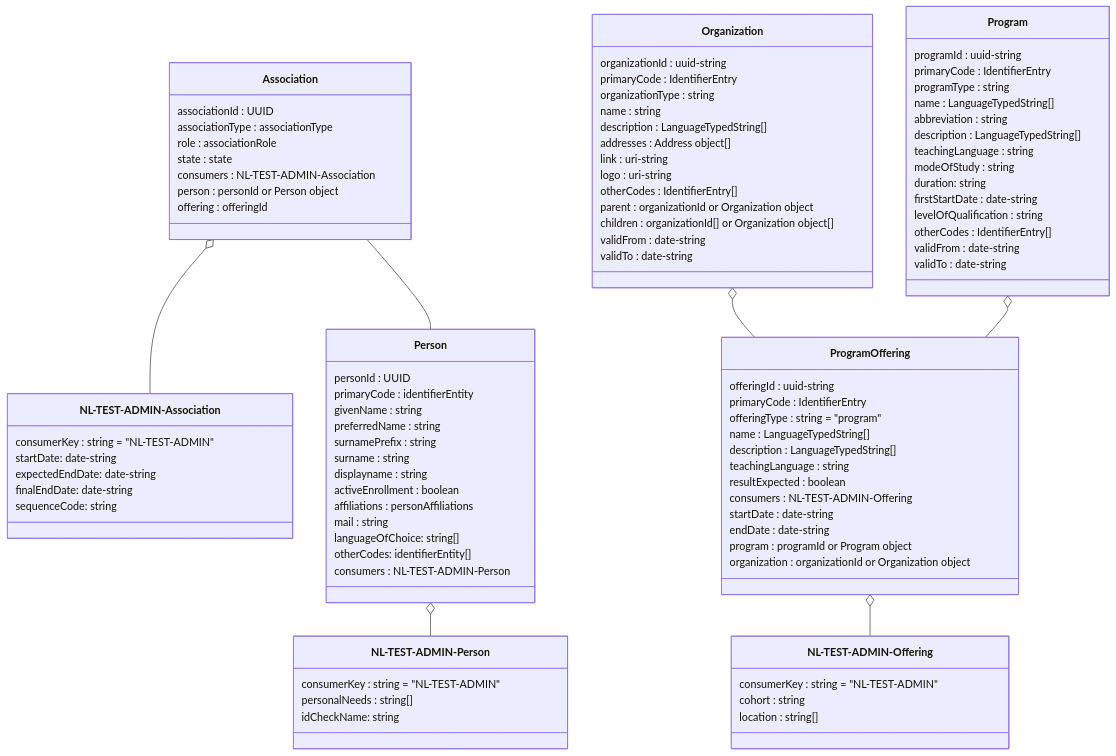
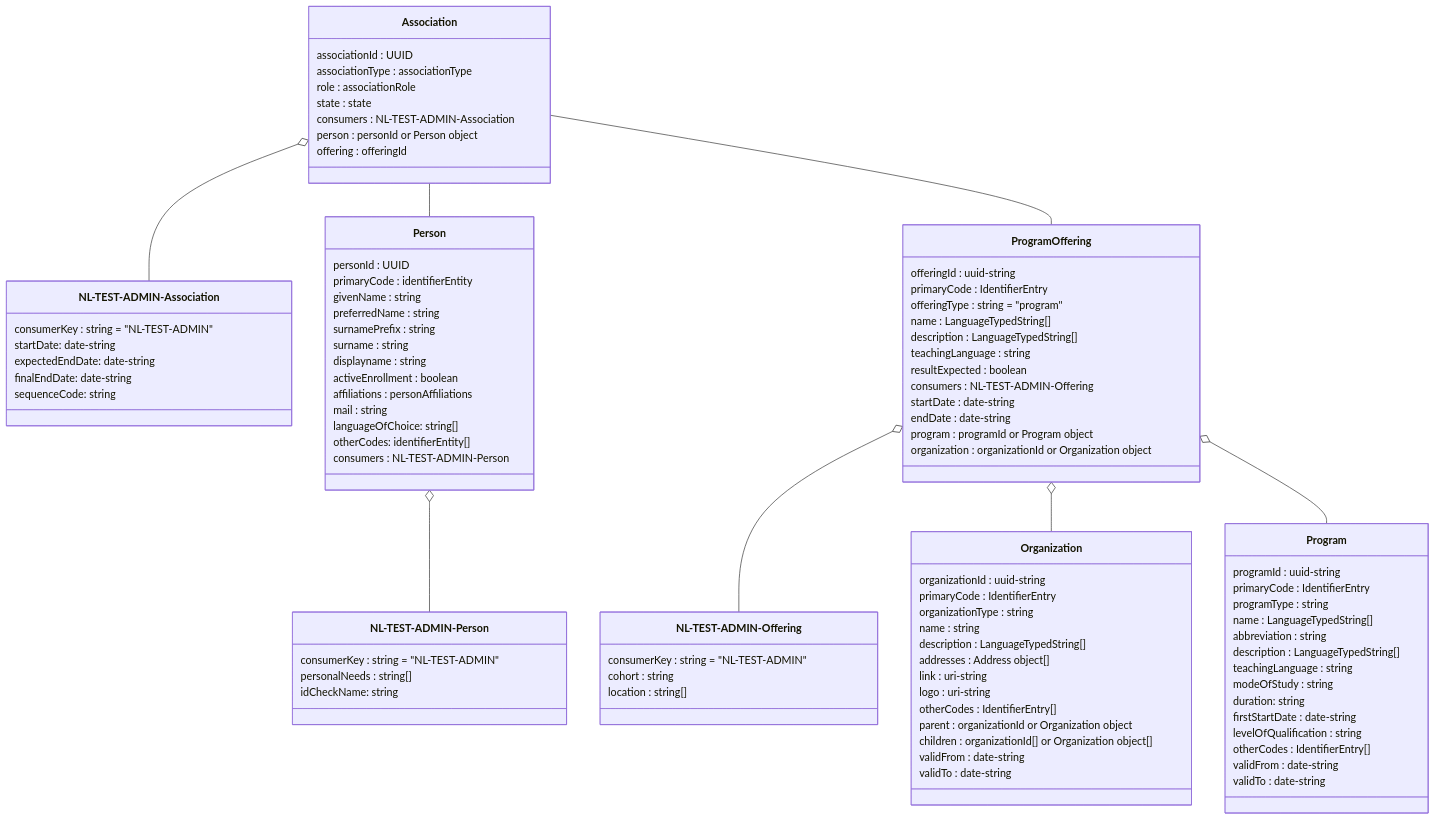
One commit to NetwerkExamineringDigitalisering/NED-OOAPI changed diagram 14 of 14 in doc/flow1.md. Above: the diagram before and after it, drawn with Mermaid.

Commit message:
complete association and offering relation

````diff
--- a/doc/flow1.md
+++ b/doc/flow1.md
@@ -828,9 +828,10 @@
 		validTo : date-string
     }
     ProgramOffering o-- `NL-TEST-ADMIN-Offering`
-    Organization o-- ProgramOffering 
-    Program o-- ProgramOffering 
+    ProgramOffering o-- Organization 
+    ProgramOffering o-- Program 
     Association o-- `NL-TEST-ADMIN-Association`
     Association -- Person
+    Association -- ProgramOffering
 	Person o-- `NL-TEST-ADMIN-Person`
 ```
````
